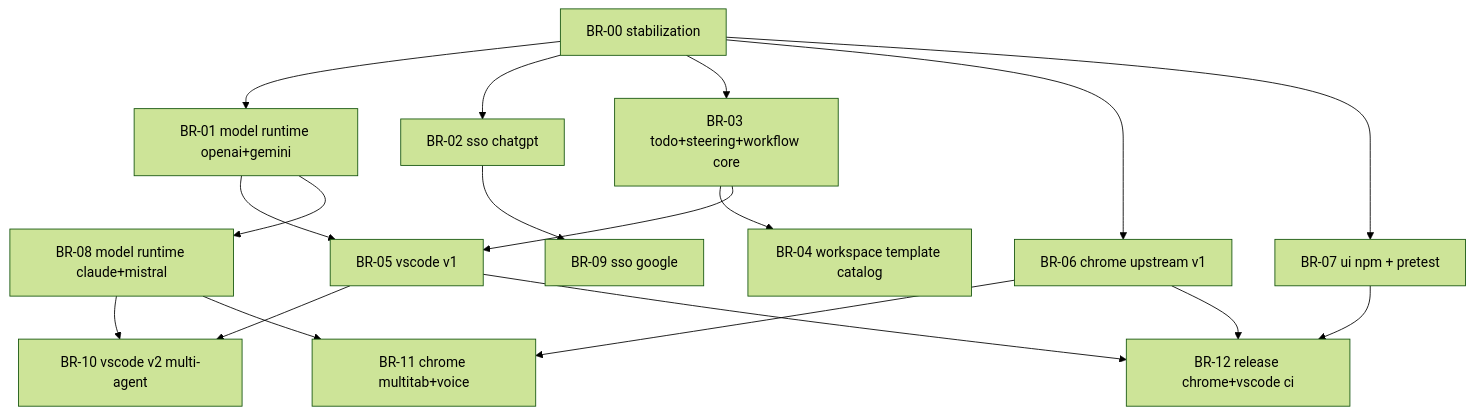
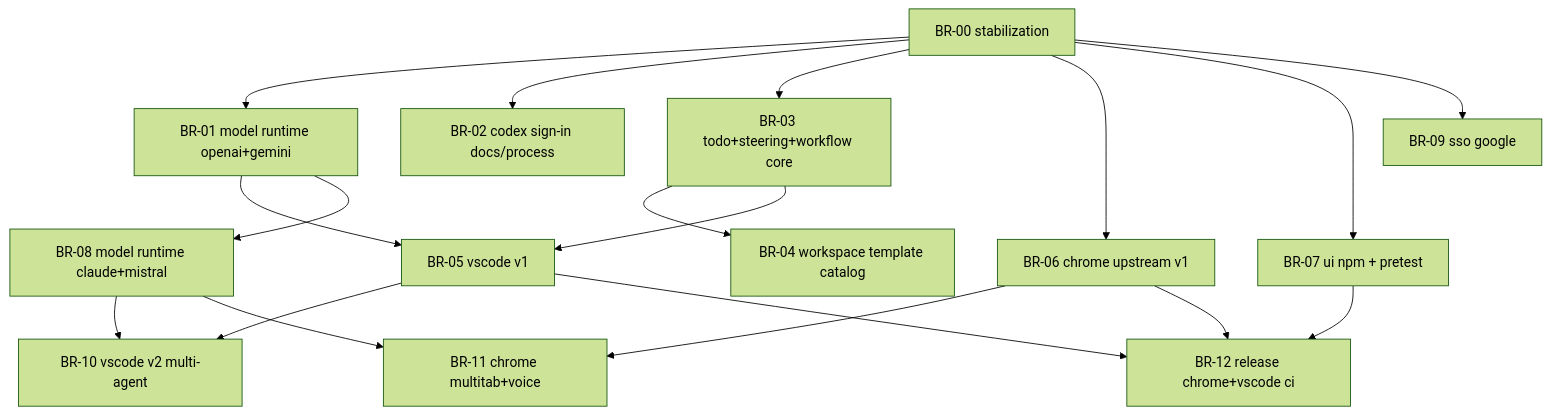
The diagram in PLAN.md (rhanka/sentropic), drawn with Mermaid (forest theme) before and after one commit. The commit also changed other lines of this file and 3 other files, not shown here.

Commit message:
docs(plan): clarify BR-02 scope and move codex sign-in impl to BR-05

````diff
--- a/PLAN.md
+++ b/PLAN.md
@@ -87,35 +88,35 @@
 ```mermaid
 graph TD
   BR00[BR-00 stabilization]
   BR01[BR-01 model runtime openai+gemini]
-  BR02[BR-02 sso chatgpt]
+  BR02[BR-02 codex sign-in docs/process]
   BR03[BR-03 todo+steering+workflow core]
   BR04[BR-04 workspace template catalog]
   BR05[BR-05 vscode v1]
   BR06[BR-06 chrome upstream v1]
   BR07[BR-07 ui npm + pretest]
   BR08[BR-08 model runtime claude+mistral]
   BR09[BR-09 sso google]
   BR10[BR-10 vscode v2 multi-agent]
   BR11[BR-11 chrome multitab+voice]
   BR12[BR-12 release chrome+vscode ci]
 
   BR00 --> BR01
   BR00 --> BR02
   BR00 --> BR03
   BR03 --> BR04
   BR01 --> BR05
   BR03 --> BR05
   BR00 --> BR06
   BR00 --> BR07
 
   BR01 --> BR08
-  BR02 --> BR09
+  BR00 --> BR09
   BR05 --> BR10
   BR08 --> BR10
   BR06 --> BR11
   BR08 --> BR11
   BR05 --> BR12
   BR06 --> BR12
   BR07 --> BR12
 ```
````
